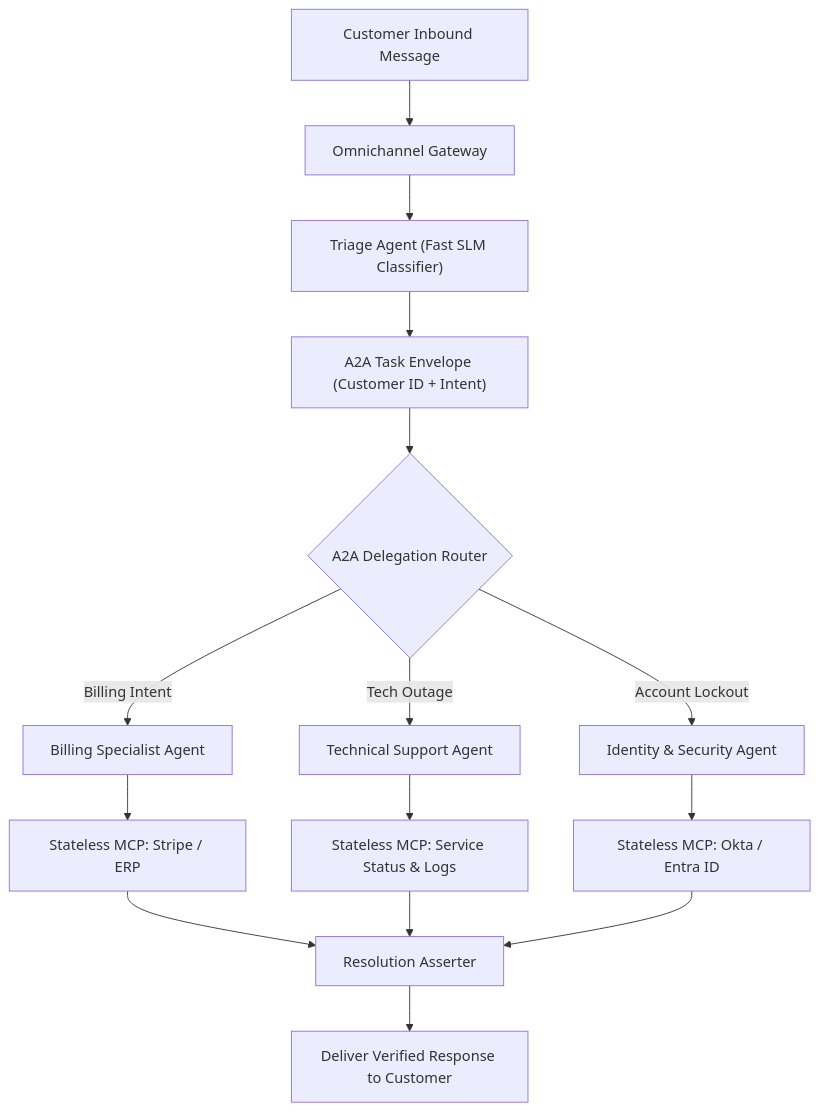
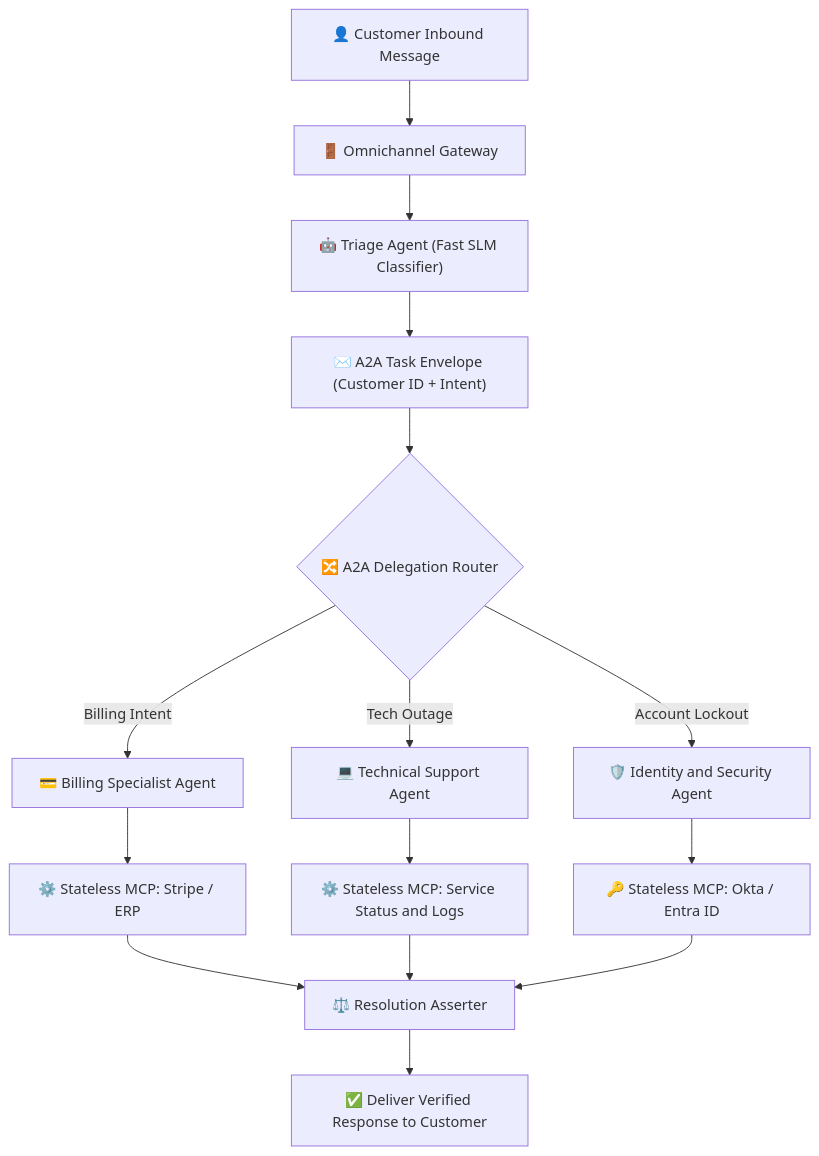
Before and after one commit to dip4k/senior-engineer-to-ai-engineer-roadmap: the fifth of 11 diagrams in architecture/enterprise-ai-system-designs.md, drawn with Mermaid. The commit also changed other lines of this file and 94 other files, not shown here.

Commit message:
refactor(curriculum): complete Phase 04 upgrade and enforce diagram renderer invariants

````diff
--- a/architecture/enterprise-ai-system-designs.md
+++ b/architecture/enterprise-ai-system-designs.md
@@ -236,22 +236,22 @@
 ```mermaid
 flowchart TD
-    Customer["Customer Inbound Message"] --> Gateway["Omnichannel Gateway"]
-    Gateway --> Triage["Triage Agent (Fast SLM Classifier)"]
+    Customer["👤 Customer Inbound Message"] --> Gateway["🚪 Omnichannel Gateway"]
+    Gateway --> Triage["🤖 Triage Agent (Fast SLM Classifier)"]
     
-    Triage --> A2A_Envelope["A2A Task Envelope (Customer ID + Intent)"]
-    A2A_Envelope --> Broker{"A2A Delegation Router"}
+    Triage --> A2A_Envelope["✉️ A2A Task Envelope (Customer ID + Intent)"]
+    A2A_Envelope --> Broker{"🔀 A2A Delegation Router"}
     
-    Broker -->|"Billing Intent"| BillingAgent["Billing Specialist Agent"]
-    Broker -->|"Tech Outage"| TechAgent["Technical Support Agent"]
-    Broker -->|"Account Lockout"| SecAgent["Identity & Security Agent"]
+    Broker -->|"Billing Intent"| BillingAgent["💳 Billing Specialist Agent"]
+    Broker -->|"Tech Outage"| TechAgent["💻 Technical Support Agent"]
+    Broker -->|"Account Lockout"| SecAgent["🛡️ Identity and Security Agent"]
     
-    BillingAgent --> MCP_Billing["Stateless MCP: Stripe / ERP"]
-    TechAgent --> MCP_Logs["Stateless MCP: Service Status & Logs"]
-    SecAgent --> MCP_Auth["Stateless MCP: Okta / Entra ID"]
+    BillingAgent --> MCP_Billing["⚙️ Stateless MCP: Stripe / ERP"]
+    TechAgent --> MCP_Logs["⚙️ Stateless MCP: Service Status and Logs"]
+    SecAgent --> MCP_Auth["🔑 Stateless MCP: Okta / Entra ID"]
     
-    MCP_Billing --> FinalCheck["Resolution Asserter"]
+    MCP_Billing --> FinalCheck["⚖️ Resolution Asserter"]
     MCP_Logs --> FinalCheck
     MCP_Auth --> FinalCheck
     
-    FinalCheck --> Response["Deliver Verified Response to Customer"]
+    FinalCheck --> Response["✅ Deliver Verified Response to Customer"]
 ```
````
